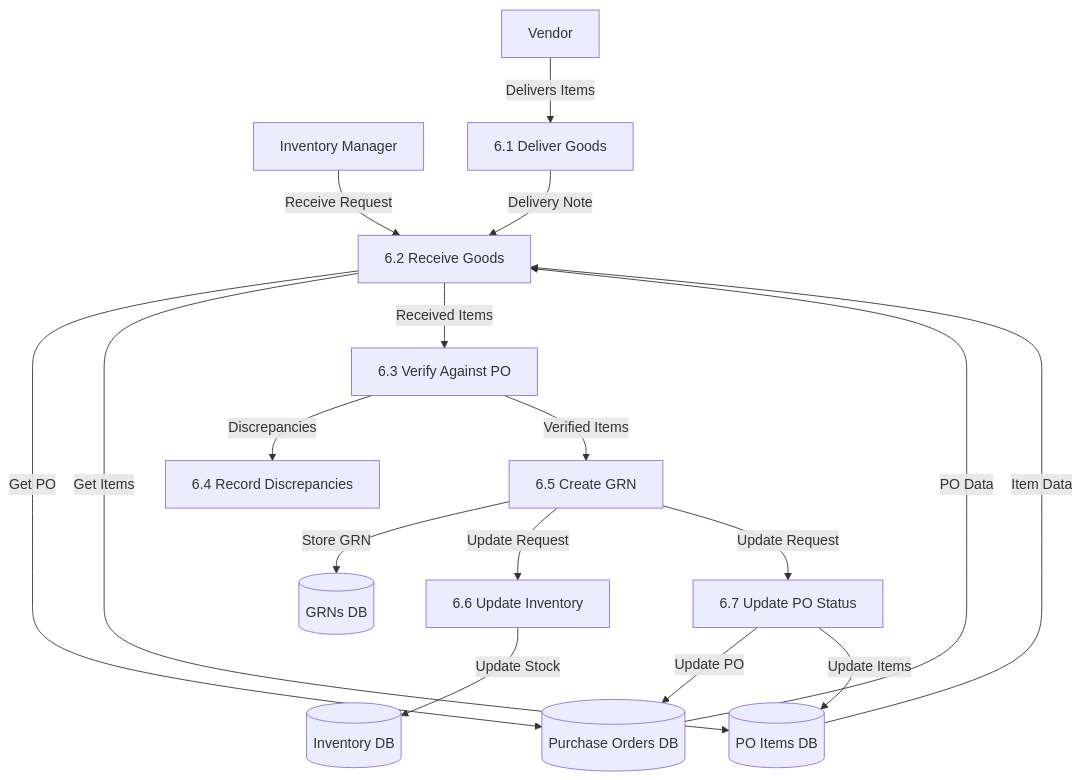
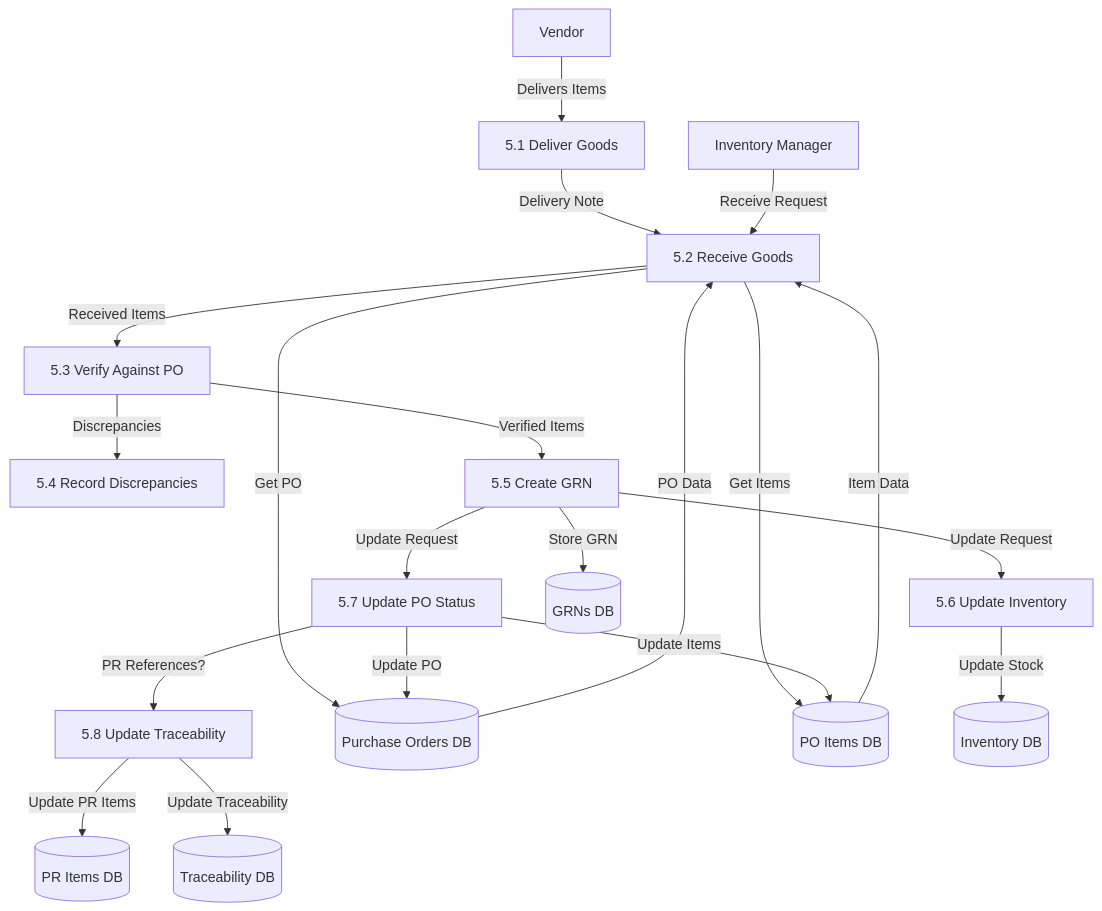
The sixth of 6 diagrams in docs/po/purchase-order-data-flow.md (CarmenSoftware-organization/carmen), drawn with Mermaid before and after one commit. The commit also changed other lines of this file and 188 other files, not shown here.

````diff
--- a/docs/po/purchase-order-data-flow.md
+++ b/docs/po/purchase-order-data-flow.md
@@ -197,43 +246,50 @@
 ```mermaid
 flowchart TD
     %% External Entities
     InventoryManager[Inventory Manager]
     Vendor[Vendor]
     
     %% Processes
-    DeliverGoods[6.1 Deliver Goods]
-    ReceiveGoods[6.2 Receive Goods]
-    VerifyAgainstPO[6.3 Verify Against PO]
-    RecordDiscrepancies[6.4 Record Discrepancies]
-    CreateGRN[6.5 Create GRN]
-    UpdateInventory[6.6 Update Inventory]
-    UpdatePOStatus[6.7 Update PO Status]
+    DeliverGoods[5.1 Deliver Goods]
+    ReceiveGoods[5.2 Receive Goods]
+    VerifyAgainstPO[5.3 Verify Against PO]
+    RecordDiscrepancies[5.4 Record Discrepancies]
+    CreateGRN[5.5 Create GRN]
+    UpdateInventory[5.6 Update Inventory]
+    UpdatePOStatus[5.7 Update PO Status]
+    UpdateTraceability[5.8 Update Traceability]
     
     %% Data Stores
     PurchaseOrdersDB[(Purchase Orders DB)]
     PurchaseOrderItemsDB[(PO Items DB)]
     GRNsDB[(GRNs DB)]
     InventoryDB[(Inventory DB)]
+    PRItemsDB[(PR Items DB)]
+    TraceabilityDB[(Traceability DB)]
     
     %% Data Flows
     Vendor -->|Delivers Items| DeliverGoods
     DeliverGoods -->|Delivery Note| ReceiveGoods
     InventoryManager -->|Receive Request| ReceiveGoods
     
     ReceiveGoods -->|Get PO| PurchaseOrdersDB
     PurchaseOrdersDB -->|PO Data| ReceiveGoods
     ReceiveGoods -->|Get Items| PurchaseOrderItemsDB
     PurchaseOrderItemsDB -->|Item Data| ReceiveGoods
     
     ReceiveGoods -->|Received Items| VerifyAgainstPO
     VerifyAgainstPO -->|Discrepancies| RecordDiscrepancies
     VerifyAgainstPO -->|Verified Items| CreateGRN
     
     CreateGRN -->|Store GRN| GRNsDB
     CreateGRN -->|Update Request| UpdateInventory
     UpdateInventory -->|Update Stock| InventoryDB
     
     CreateGRN -->|Update Request| UpdatePOStatus
     UpdatePOStatus -->|Update PO| PurchaseOrdersDB
     UpdatePOStatus -->|Update Items| PurchaseOrderItemsDB
+    
+    UpdatePOStatus -->|PR References?| UpdateTraceability
+    UpdateTraceability -->|Update PR Items| PRItemsDB
+    UpdateTraceability -->|Update Traceability| TraceabilityDB
 ```
````
